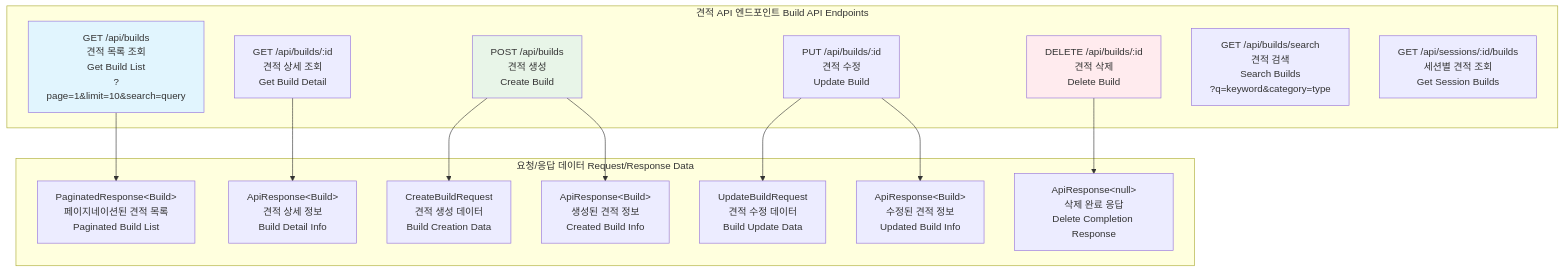
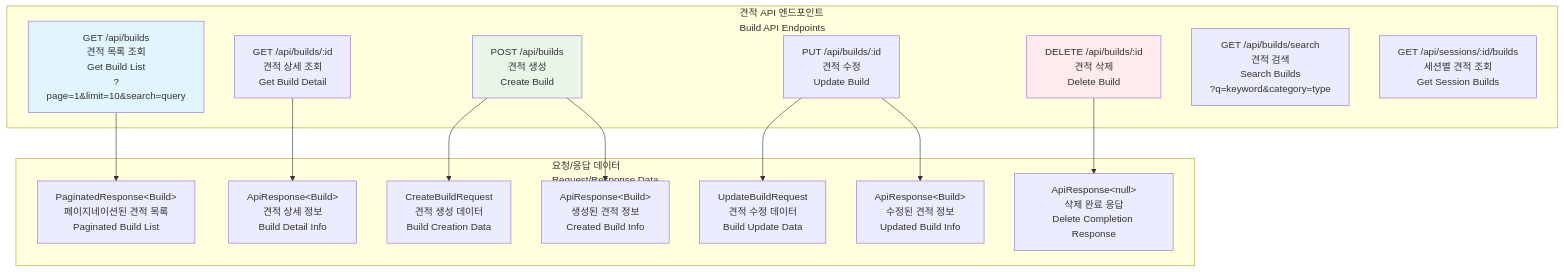
One commit to p0pular131/askspec-chat-assistant changed diagram 17 of 20 in docs/design-specification.md. Above: the diagram before and after it, drawn with Mermaid. The commit also changed other lines of this file, not shown here.

First line of the commit message:
Add sequence diagram for message flow

````diff
--- a/docs/design-specification.md
+++ b/docs/design-specification.md
@@ -1087,34 +1175,34 @@
 ```mermaid
 graph TB
-    subgraph "견적 API 엔드포인트 Build API Endpoints"
+    subgraph "견적 API 엔드포인트<br/>Build API Endpoints"
         GetBuilds["GET /api/builds<br/>견적 목록 조회<br/>Get Build List<br/>?page=1&limit=10&search=query"]
         GetBuild["GET /api/builds/:id<br/>견적 상세 조회<br/>Get Build Detail"]
         CreateBuild["POST /api/builds<br/>견적 생성<br/>Create Build"]
         UpdateBuild["PUT /api/builds/:id<br/>견적 수정<br/>Update Build"]
         DeleteBuild["DELETE /api/builds/:id<br/>견적 삭제<br/>Delete Build"]
         SearchBuilds["GET /api/builds/search<br/>견적 검색<br/>Search Builds<br/>?q=keyword&category=type"]
         GetSessionBuilds["GET /api/sessions/:id/builds<br/>세션별 견적 조회<br/>Get Session Builds"]
     end
     
-    subgraph "요청/응답 데이터 Request/Response Data"
+    subgraph "요청/응답 데이터<br/>Request/Response Data"
         GetBuildsRes["PaginatedResponse&lt;Build&gt;<br/>페이지네이션된 견적 목록<br/>Paginated Build List"]
         GetBuildRes["ApiResponse&lt;Build&gt;<br/>견적 상세 정보<br/>Build Detail Info"]
         CreateBuildReq["CreateBuildRequest<br/>견적 생성 데이터<br/>Build Creation Data"]
         CreateBuildRes["ApiResponse&lt;Build&gt;<br/>생성된 견적 정보<br/>Created Build Info"]
         UpdateBuildReq["UpdateBuildRequest<br/>견적 수정 데이터<br/>Build Update Data"]
         UpdateBuildRes["ApiResponse&lt;Build&gt;<br/>수정된 견적 정보<br/>Updated Build Info"]
         DeleteBuildRes["ApiResponse&lt;null&gt;<br/>삭제 완료 응답<br/>Delete Completion Response"]
     end
     
     GetBuilds --> GetBuildsRes
     GetBuild --> GetBuildRes
     CreateBuild --> CreateBuildReq
     CreateBuild --> CreateBuildRes
     UpdateBuild --> UpdateBuildReq
     UpdateBuild --> UpdateBuildRes
     DeleteBuild --> DeleteBuildRes
     
     style GetBuilds fill:#e1f5fe
     style CreateBuild fill:#e8f5e8
     style DeleteBuild fill:#ffebee
 ```
````
